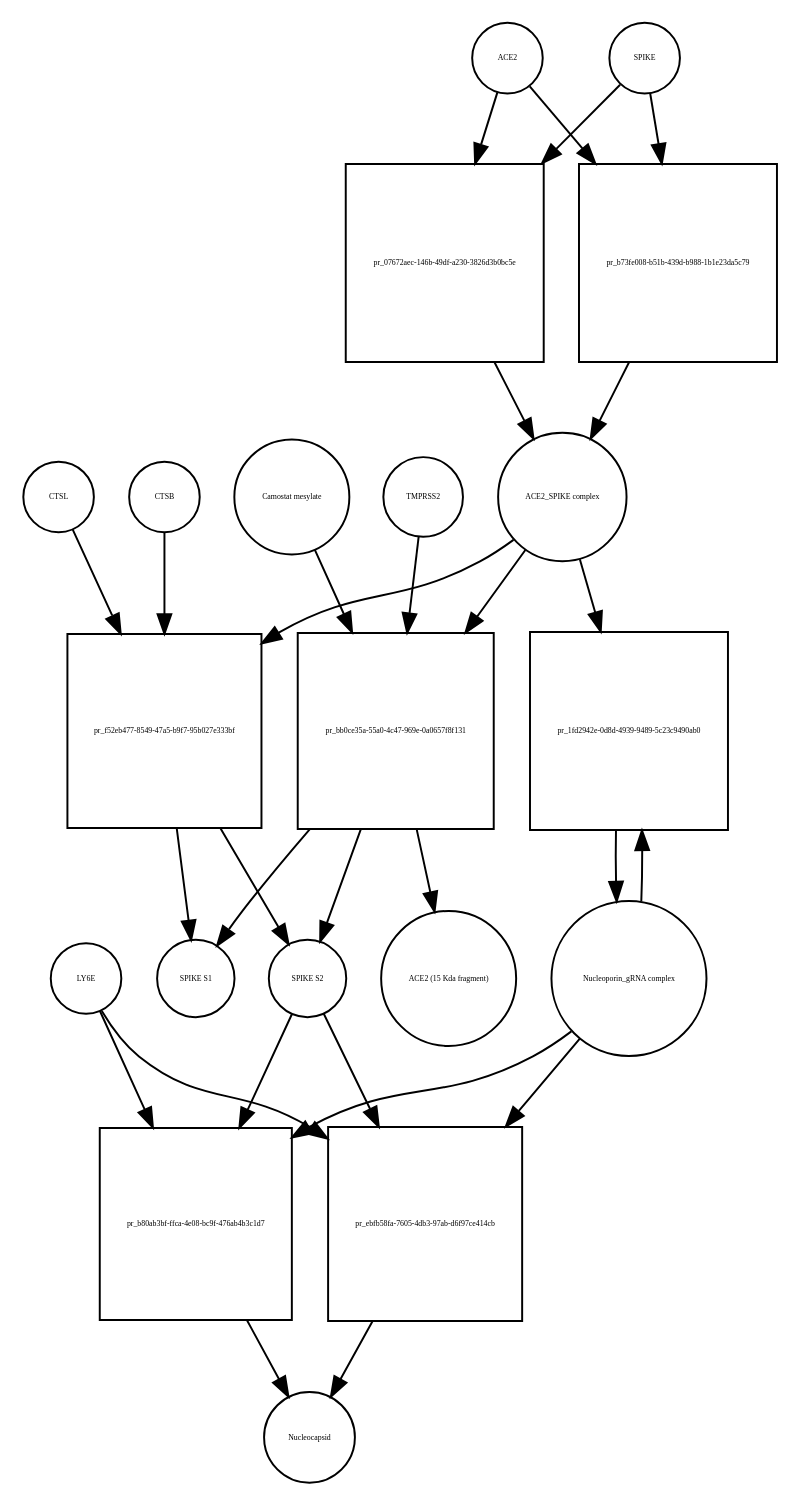
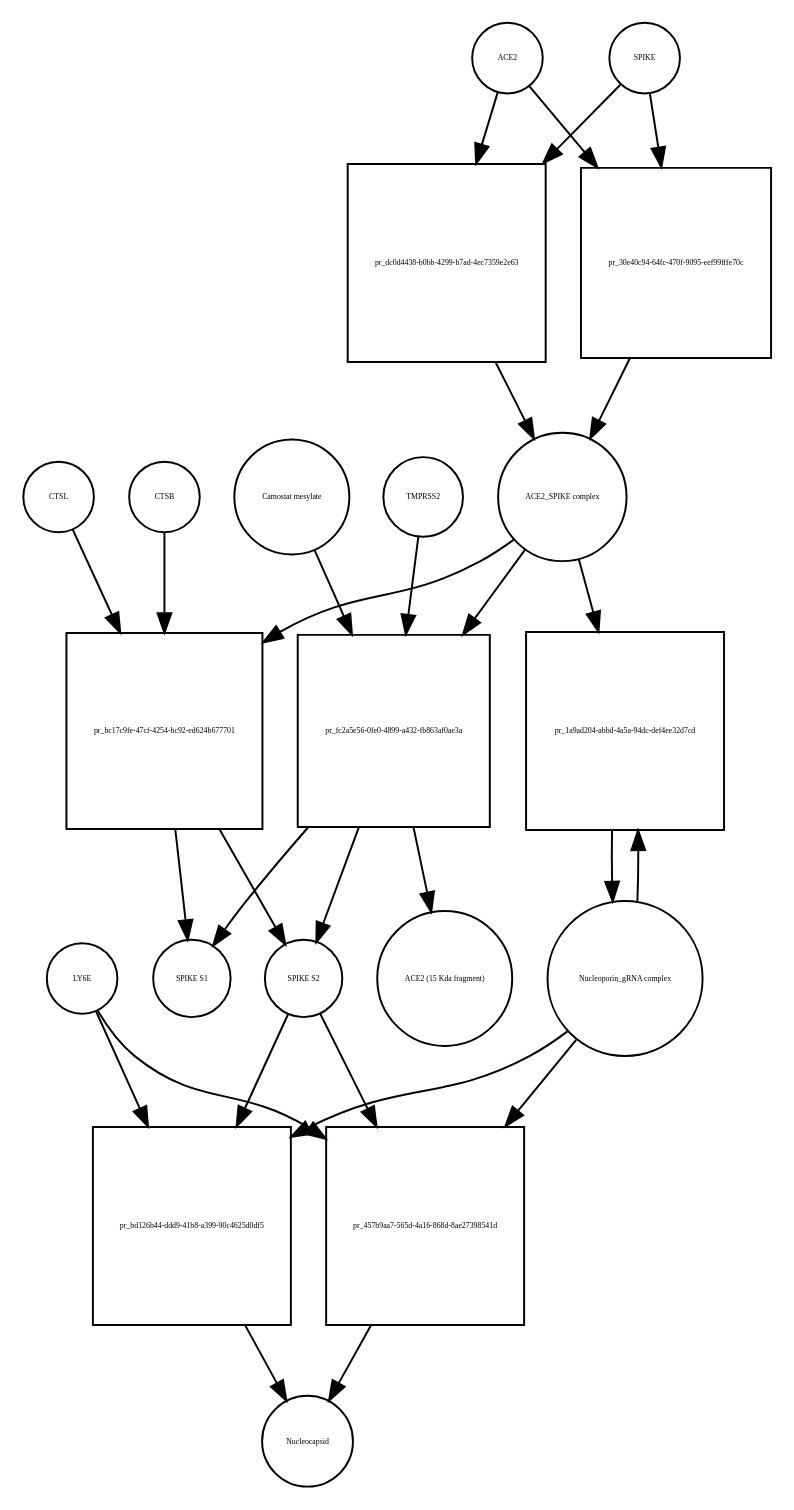
The diagram in Virus_replication_cycle_V01.xml_bipartite.dot (cannin/covid19-sbgn), drawn with Graphviz before and after one commit. The commit also changed 621 other files, not shown here.

```diff
--- a/Virus_replication_cycle_V01.xml_bipartite.dot
+++ b/Virus_replication_cycle_V01.xml_bipartite.dot
@@ -1,50 +1,50 @@
 strict digraph  {
 ACE2 [annotation="", bipartite=0, cls=macromolecule, fontsize=4, label=ACE2, shape=circle];
-"pr_07672aec-146b-49df-a230-3826d3b0bc5e" [annotation="", bipartite=1, cls=process, fontsize=4, label="pr_07672aec-146b-49df-a230-3826d3b0bc5e", shape=square];
+"pr_dc0d4438-b0bb-4299-b7ad-4ec7359e2e63" [annotation="", bipartite=1, cls=process, fontsize=4, label="pr_dc0d4438-b0bb-4299-b7ad-4ec7359e2e63", shape=square];
 "ACE2_SPIKE complex" [annotation="", bipartite=0, cls=complex, fontsize=4, label="ACE2_SPIKE complex", shape=circle];
 SPIKE [annotation="", bipartite=0, cls="macromolecule multimer", fontsize=4, label=SPIKE, shape=circle];
 "Nucleoporin_gRNA complex " [annotation="", bipartite=0, cls=complex, fontsize=4, label="Nucleoporin_gRNA complex ", shape=circle];
-"pr_1fd2942e-0d8d-4939-9489-5c23c9490ab0" [annotation="", bipartite=1, cls=process, fontsize=4, label="pr_1fd2942e-0d8d-4939-9489-5c23c9490ab0", shape=square];
-"pr_f52eb477-8549-47a5-b9f7-95b027e333bf" [annotation="", bipartite=1, cls=process, fontsize=4, label="pr_f52eb477-8549-47a5-b9f7-95b027e333bf", shape=square];
+"pr_1a9ad204-abbd-4a5a-94dc-def4ee32d7cd" [annotation="", bipartite=1, cls=process, fontsize=4, label="pr_1a9ad204-abbd-4a5a-94dc-def4ee32d7cd", shape=square];
+"pr_bc17c9fe-47cf-4254-bc92-ed624b677701" [annotation="", bipartite=1, cls=process, fontsize=4, label="pr_bc17c9fe-47cf-4254-bc92-ed624b677701", shape=square];
 "SPIKE S2" [annotation="", bipartite=0, cls=macromolecule, fontsize=4, label="SPIKE S2", shape=circle];
 CTSB [annotation="", bipartite=0, cls=macromolecule, fontsize=4, label=CTSB, shape=circle];
 CTSL [annotation="", bipartite=0, cls=macromolecule, fontsize=4, label=CTSL, shape=circle];
 "SPIKE S1" [annotation="", bipartite=0, cls=macromolecule, fontsize=4, label="SPIKE S1", shape=circle];
-"pr_b80ab3bf-ffca-4e08-bc9f-476ab4b3c1d7" [annotation="", bipartite=1, cls=process, fontsize=4, label="pr_b80ab3bf-ffca-4e08-bc9f-476ab4b3c1d7", shape=square];
+"pr_bd126b44-ddd9-41b8-a399-90c4625d0df5" [annotation="", bipartite=1, cls=process, fontsize=4, label="pr_bd126b44-ddd9-41b8-a399-90c4625d0df5", shape=square];
 Nucleocapsid [annotation="", bipartite=0, cls=complex, fontsize=4, label=Nucleocapsid, shape=circle];
 LY6E [annotation="", bipartite=0, cls=macromolecule, fontsize=4, label=LY6E, shape=circle];
-"pr_bb0ce35a-55a0-4c47-969e-0a0657f8f131" [annotation="", bipartite=1, cls=process, fontsize=4, label="pr_bb0ce35a-55a0-4c47-969e-0a0657f8f131", shape=square];
+"pr_fc2a5e56-0fe0-4899-a432-fb863af0ae3a" [annotation="", bipartite=1, cls=process, fontsize=4, label="pr_fc2a5e56-0fe0-4899-a432-fb863af0ae3a", shape=square];
 TMPRSS2 [annotation="", bipartite=0, cls=macromolecule, fontsize=4, label=TMPRSS2, shape=circle];
 "Camostat mesylate" [annotation="urn_miriam_pubchem.compound_2536", bipartite=0, cls="simple chemical", fontsize=4, label="Camostat mesylate", shape=circle];
 "ACE2 (15 Kda fragment)" [annotation="", bipartite=0, cls=macromolecule, fontsize=4, label="ACE2 (15 Kda fragment)", shape=circle];
-"pr_b73fe008-b51b-439d-b988-1b1e23da5c79" [annotation="", bipartite=1, cls=process, fontsize=4, label="pr_b73fe008-b51b-439d-b988-1b1e23da5c79", shape=square];
-"pr_ebfb58fa-7605-4db3-97ab-d6f97ce414cb" [annotation="", bipartite=1, cls=process, fontsize=4, label="pr_ebfb58fa-7605-4db3-97ab-d6f97ce414cb", shape=square];
-ACE2 -> "pr_07672aec-146b-49df-a230-3826d3b0bc5e"  [annotation="", interaction_type=consumption];
-ACE2 -> "pr_b73fe008-b51b-439d-b988-1b1e23da5c79"  [annotation="", interaction_type=consumption];
-"pr_07672aec-146b-49df-a230-3826d3b0bc5e" -> "ACE2_SPIKE complex"  [annotation="", interaction_type=production];
-"ACE2_SPIKE complex" -> "pr_1fd2942e-0d8d-4939-9489-5c23c9490ab0"  [annotation="urn_miriam_pubmed_32142651|urn_miriam_pubmed_32094589", interaction_type=stimulation];
-"ACE2_SPIKE complex" -> "pr_f52eb477-8549-47a5-b9f7-95b027e333bf"  [annotation="", interaction_type=consumption];
-"ACE2_SPIKE complex" -> "pr_bb0ce35a-55a0-4c47-969e-0a0657f8f131"  [annotation="", interaction_type=consumption];
-SPIKE -> "pr_07672aec-146b-49df-a230-3826d3b0bc5e"  [annotation="", interaction_type=consumption];
-SPIKE -> "pr_b73fe008-b51b-439d-b988-1b1e23da5c79"  [annotation="", interaction_type=consumption];
-"Nucleoporin_gRNA complex " -> "pr_1fd2942e-0d8d-4939-9489-5c23c9490ab0"  [annotation="", interaction_type=consumption];
-"Nucleoporin_gRNA complex " -> "pr_b80ab3bf-ffca-4e08-bc9f-476ab4b3c1d7"  [annotation="", interaction_type=consumption];
-"Nucleoporin_gRNA complex " -> "pr_ebfb58fa-7605-4db3-97ab-d6f97ce414cb"  [annotation="", interaction_type=consumption];
-"pr_1fd2942e-0d8d-4939-9489-5c23c9490ab0" -> "Nucleoporin_gRNA complex "  [annotation="", interaction_type=production];
-"pr_f52eb477-8549-47a5-b9f7-95b027e333bf" -> "SPIKE S2"  [annotation="", interaction_type=production];
-"pr_f52eb477-8549-47a5-b9f7-95b027e333bf" -> "SPIKE S1"  [annotation="", interaction_type=production];
-"SPIKE S2" -> "pr_b80ab3bf-ffca-4e08-bc9f-476ab4b3c1d7"  [annotation="urn_miriam_doi_10.1101%2F2020.03.05.979260|urn_miriam_pubmed_32142651|urn_miriam_pubmed_32094589", interaction_type=stimulation];
-"SPIKE S2" -> "pr_ebfb58fa-7605-4db3-97ab-d6f97ce414cb"  [annotation="urn_miriam_doi_10.1101%2F2020.03.05.979260", interaction_type=stimulation];
-CTSB -> "pr_f52eb477-8549-47a5-b9f7-95b027e333bf"  [annotation=urn_miriam_pubmed_32142651, interaction_type=catalysis];
-CTSL -> "pr_f52eb477-8549-47a5-b9f7-95b027e333bf"  [annotation=urn_miriam_pubmed_32142651, interaction_type=catalysis];
-"pr_b80ab3bf-ffca-4e08-bc9f-476ab4b3c1d7" -> Nucleocapsid  [annotation="", interaction_type=production];
-LY6E -> "pr_b80ab3bf-ffca-4e08-bc9f-476ab4b3c1d7"  [annotation="urn_miriam_doi_10.1101%2F2020.03.05.979260|urn_miriam_pubmed_32142651|urn_miriam_pubmed_32094589", interaction_type=inhibition];
-LY6E -> "pr_ebfb58fa-7605-4db3-97ab-d6f97ce414cb"  [annotation="urn_miriam_doi_10.1101%2F2020.03.05.979260", interaction_type=inhibition];
-"pr_bb0ce35a-55a0-4c47-969e-0a0657f8f131" -> "SPIKE S2"  [annotation="", interaction_type=production];
-"pr_bb0ce35a-55a0-4c47-969e-0a0657f8f131" -> "SPIKE S1"  [annotation="", interaction_type=production];
-"pr_bb0ce35a-55a0-4c47-969e-0a0657f8f131" -> "ACE2 (15 Kda fragment)"  [annotation="", interaction_type=production];
-TMPRSS2 -> "pr_bb0ce35a-55a0-4c47-969e-0a0657f8f131"  [annotation="urn_miriam_pubmed_32142651|urn_miriam_pubmed_32094589|urn_miriam_pubmed_24227843", interaction_type=catalysis];
-"Camostat mesylate" -> "pr_bb0ce35a-55a0-4c47-969e-0a0657f8f131"  [annotation="urn_miriam_pubmed_32142651|urn_miriam_pubmed_32094589|urn_miriam_pubmed_24227843", interaction_type=inhibition];
-"pr_b73fe008-b51b-439d-b988-1b1e23da5c79" -> "ACE2_SPIKE complex"  [annotation="", interaction_type=production];
-"pr_ebfb58fa-7605-4db3-97ab-d6f97ce414cb" -> Nucleocapsid  [annotation="", interaction_type=production];
+"pr_30e40c94-64fc-470f-9095-eef99fffe70c" [annotation="", bipartite=1, cls=process, fontsize=4, label="pr_30e40c94-64fc-470f-9095-eef99fffe70c", shape=square];
+"pr_457b9aa7-565d-4a16-868d-8ae27398541d" [annotation="", bipartite=1, cls=process, fontsize=4, label="pr_457b9aa7-565d-4a16-868d-8ae27398541d", shape=square];
+ACE2 -> "pr_dc0d4438-b0bb-4299-b7ad-4ec7359e2e63"  [annotation="", interaction_type=consumption];
+ACE2 -> "pr_30e40c94-64fc-470f-9095-eef99fffe70c"  [annotation="", interaction_type=consumption];
+"pr_dc0d4438-b0bb-4299-b7ad-4ec7359e2e63" -> "ACE2_SPIKE complex"  [annotation="", interaction_type=production];
+"ACE2_SPIKE complex" -> "pr_1a9ad204-abbd-4a5a-94dc-def4ee32d7cd"  [annotation="urn_miriam_pubmed_32142651|urn_miriam_pubmed_32094589", interaction_type=stimulation];
+"ACE2_SPIKE complex" -> "pr_bc17c9fe-47cf-4254-bc92-ed624b677701"  [annotation="", interaction_type=consumption];
+"ACE2_SPIKE complex" -> "pr_fc2a5e56-0fe0-4899-a432-fb863af0ae3a"  [annotation="", interaction_type=consumption];
+SPIKE -> "pr_dc0d4438-b0bb-4299-b7ad-4ec7359e2e63"  [annotation="", interaction_type=consumption];
+SPIKE -> "pr_30e40c94-64fc-470f-9095-eef99fffe70c"  [annotation="", interaction_type=consumption];
+"Nucleoporin_gRNA complex " -> "pr_1a9ad204-abbd-4a5a-94dc-def4ee32d7cd"  [annotation="", interaction_type=consumption];
+"Nucleoporin_gRNA complex " -> "pr_bd126b44-ddd9-41b8-a399-90c4625d0df5"  [annotation="", interaction_type=consumption];
+"Nucleoporin_gRNA complex " -> "pr_457b9aa7-565d-4a16-868d-8ae27398541d"  [annotation="", interaction_type=consumption];
+"pr_1a9ad204-abbd-4a5a-94dc-def4ee32d7cd" -> "Nucleoporin_gRNA complex "  [annotation="", interaction_type=production];
+"pr_bc17c9fe-47cf-4254-bc92-ed624b677701" -> "SPIKE S2"  [annotation="", interaction_type=production];
+"pr_bc17c9fe-47cf-4254-bc92-ed624b677701" -> "SPIKE S1"  [annotation="", interaction_type=production];
+"SPIKE S2" -> "pr_bd126b44-ddd9-41b8-a399-90c4625d0df5"  [annotation="urn_miriam_doi_10.1101%2F2020.03.05.979260|urn_miriam_pubmed_32142651|urn_miriam_pubmed_32094589", interaction_type=stimulation];
+"SPIKE S2" -> "pr_457b9aa7-565d-4a16-868d-8ae27398541d"  [annotation="urn_miriam_doi_10.1101%2F2020.03.05.979260", interaction_type=stimulation];
+CTSB -> "pr_bc17c9fe-47cf-4254-bc92-ed624b677701"  [annotation=urn_miriam_pubmed_32142651, interaction_type=catalysis];
+CTSL -> "pr_bc17c9fe-47cf-4254-bc92-ed624b677701"  [annotation=urn_miriam_pubmed_32142651, interaction_type=catalysis];
+"pr_bd126b44-ddd9-41b8-a399-90c4625d0df5" -> Nucleocapsid  [annotation="", interaction_type=production];
+LY6E -> "pr_bd126b44-ddd9-41b8-a399-90c4625d0df5"  [annotation="urn_miriam_doi_10.1101%2F2020.03.05.979260|urn_miriam_pubmed_32142651|urn_miriam_pubmed_32094589", interaction_type=inhibition];
+LY6E -> "pr_457b9aa7-565d-4a16-868d-8ae27398541d"  [annotation="urn_miriam_doi_10.1101%2F2020.03.05.979260", interaction_type=inhibition];
+"pr_fc2a5e56-0fe0-4899-a432-fb863af0ae3a" -> "SPIKE S2"  [annotation="", interaction_type=production];
+"pr_fc2a5e56-0fe0-4899-a432-fb863af0ae3a" -> "SPIKE S1"  [annotation="", interaction_type=production];
+"pr_fc2a5e56-0fe0-4899-a432-fb863af0ae3a" -> "ACE2 (15 Kda fragment)"  [annotation="", interaction_type=production];
+TMPRSS2 -> "pr_fc2a5e56-0fe0-4899-a432-fb863af0ae3a"  [annotation="urn_miriam_pubmed_32142651|urn_miriam_pubmed_32094589|urn_miriam_pubmed_24227843", interaction_type=catalysis];
+"Camostat mesylate" -> "pr_fc2a5e56-0fe0-4899-a432-fb863af0ae3a"  [annotation="urn_miriam_pubmed_32142651|urn_miriam_pubmed_32094589|urn_miriam_pubmed_24227843", interaction_type=inhibition];
+"pr_30e40c94-64fc-470f-9095-eef99fffe70c" -> "ACE2_SPIKE complex"  [annotation="", interaction_type=production];
+"pr_457b9aa7-565d-4a16-868d-8ae27398541d" -> Nucleocapsid  [annotation="", interaction_type=production];
 }
```
